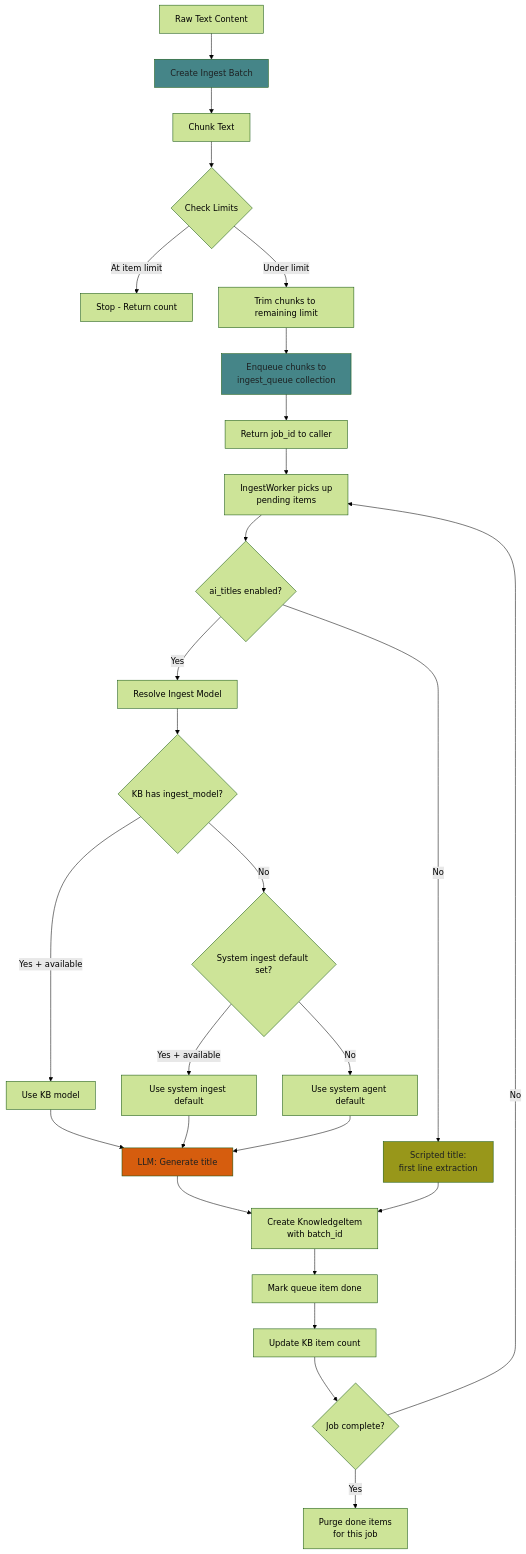
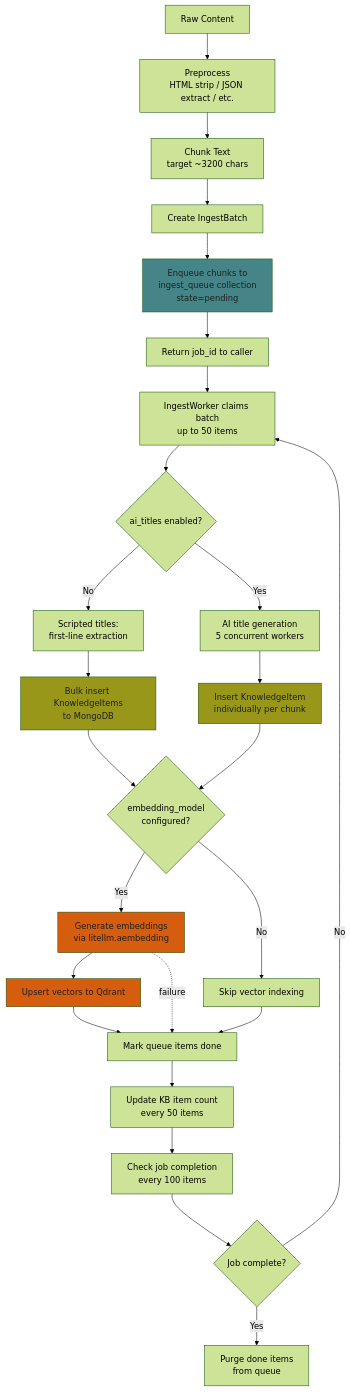
The second of 18 diagrams in docs/knowledge-ingestion.md (0xdiNGo/kabAI), drawn with Mermaid (forest theme) before and after one commit. The commit also changed other lines of this file and 5 other files, not shown here.

````diff
--- a/docs/knowledge-ingestion.md
+++ b/docs/knowledge-ingestion.md
@@ -53,40 +57,41 @@
 ```mermaid
 flowchart TD
-    A[Raw Text Content] --> B[Create Ingest Batch]
-    B --> C[Chunk Text]
+    A[Raw Content] --> B[Preprocess<br/>HTML strip / JSON extract / etc.]
+    B --> C[Chunk Text<br/>target ~3200 chars]
+    C --> D[Create IngestBatch]
+    D --> E[Enqueue chunks to<br/>ingest_queue collection<br/>state=pending]
+    E --> F[Return job_id to caller]
     
-    C --> D{Check Limits}
-    D -->|At item limit| E[Stop - Return count]
-    D -->|Under limit| F[Trim chunks to remaining limit]
+    F --> G[IngestWorker claims batch<br/>up to 50 items]
+    G --> H{ai_titles enabled?}
     
-    F --> G[Enqueue chunks to<br/>ingest_queue collection]
-    G --> H[Return job_id to caller]
+    H -->|No| I[Scripted titles:<br/>first-line extraction]
+    H -->|Yes| J[AI title generation<br/>5 concurrent workers]
     
-    H --> I[IngestWorker picks up<br/>pending items]
-    I --> J{ai_titles enabled?}
-    J -->|Yes| K[Resolve Ingest Model]
-    J -->|No| L[Scripted title:<br/>first line extraction]
+    I --> K[Bulk insert KnowledgeItems<br/>to MongoDB]
+    J --> L[Insert KnowledgeItem<br/>individually per chunk]
     
-    K --> M{KB has ingest_model?}
-    M -->|Yes + available| N[Use KB model]
-    M -->|No| O{System ingest default set?}
-    O -->|Yes + available| P[Use system ingest default]
-    O -->|No| Q[Use system agent default]
+    K --> M{embedding_model<br/>configured?}
+    L --> M
     
-    N --> R[LLM: Generate title]
-    P --> R
-    Q --> R
+    M -->|Yes| N[Generate embeddings<br/>via litellm.aembedding]
+    M -->|No| O[Skip vector indexing]
     
-    R --> S[Create KnowledgeItem<br/>with batch_id]
-    L --> S
-    S --> T[Mark queue item done]
-    T --> U[Update KB item count]
-    U --> V{Job complete?}
-    V -->|Yes| W[Purge done items<br/>for this job]
-    V -->|No| I
+    N --> P[Upsert vectors to Qdrant]
+    P --> Q[Mark queue items done]
+    O --> Q
+    
+    Q --> R[Update KB item count<br/>every 50 items]
+    R --> S[Check job completion<br/>every 100 items]
+    S --> T{Job complete?}
+    T -->|Yes| U[Purge done items<br/>from queue]
+    T -->|No| G
 
-    style B fill:#458588,color:#1d2021
-    style R fill:#d65d0e,color:#1d2021
+    N -. failure .-> Q
+
+    style E fill:#458588,color:#1d2021
+    style K fill:#98971a,color:#1d2021
     style L fill:#98971a,color:#1d2021
-    style G fill:#458588,color:#1d2021
+    style N fill:#d65d0e,color:#1d2021
+    style P fill:#d65d0e,color:#1d2021
 ```
````
